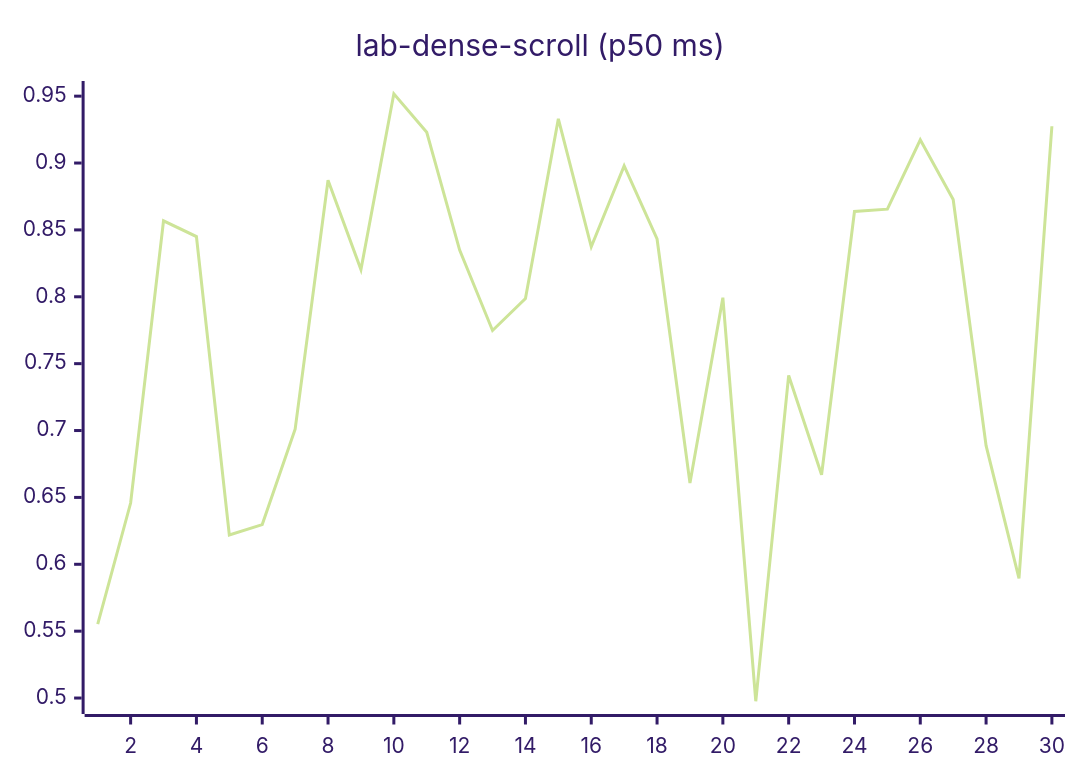
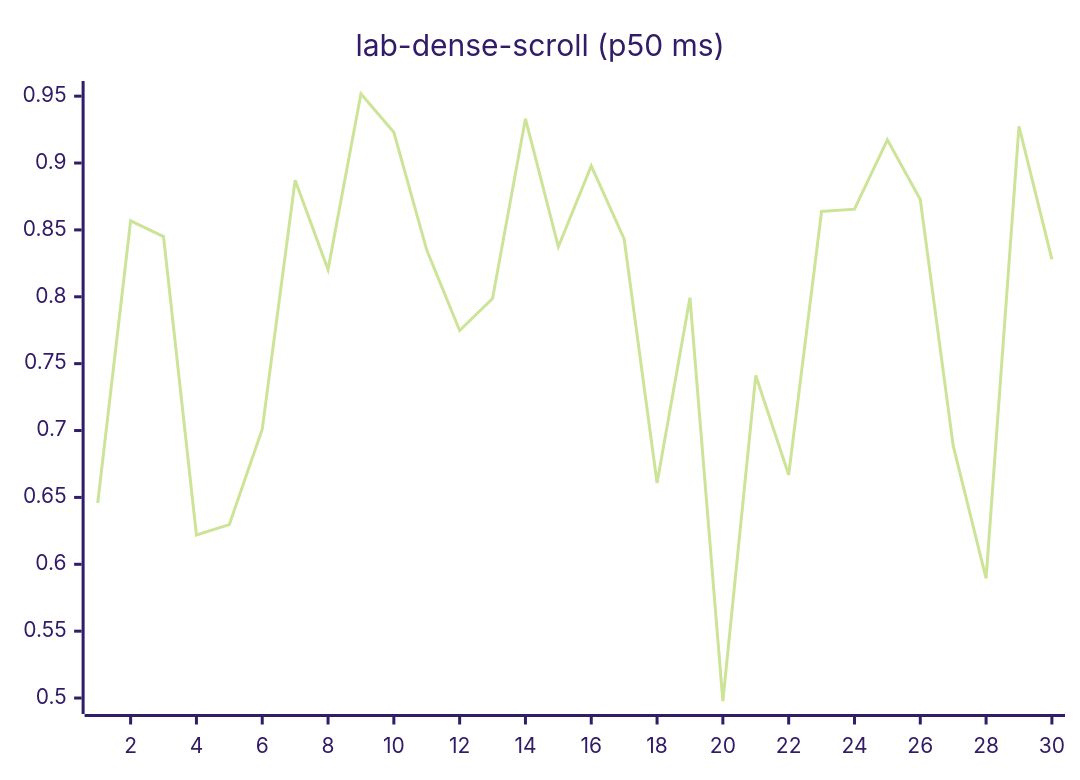
One commit to josha/Facet changed diagram 12 of 27 in README.md. Above: the diagram before and after it, drawn with Mermaid (forest theme). The commit also changed other lines of this file and 2 other files, not shown here.

````diff
--- a/README.md
+++ b/README.md
@@ -140,6 +140,6 @@
 ```mermaid
 xychart-beta
     title "lab-dense-scroll (p50 ms)"
     x-axis 1 --> 30
-    line [0.5552, 0.6458, 0.8568, 0.8450, 0.6219, 0.6297, 0.7010, 0.8871, 0.8203, 0.9518, 0.9230, 0.8349, 0.7748, 0.7987, 0.9331, 0.8374, 0.8979, 0.8432, 0.6608, 0.7993, 0.4976, 0.7412, 0.6669, 0.8638, 0.8655, 0.9174, 0.8727, 0.6887, 0.5895, 0.9275]
+    line [0.6458, 0.8568, 0.8450, 0.6219, 0.6297, 0.7010, 0.8871, 0.8203, 0.9518, 0.9230, 0.8349, 0.7748, 0.7987, 0.9331, 0.8374, 0.8979, 0.8432, 0.6608, 0.7993, 0.4976, 0.7412, 0.6669, 0.8638, 0.8655, 0.9174, 0.8727, 0.6887, 0.5895, 0.9275, 0.8280]
 ```
````
